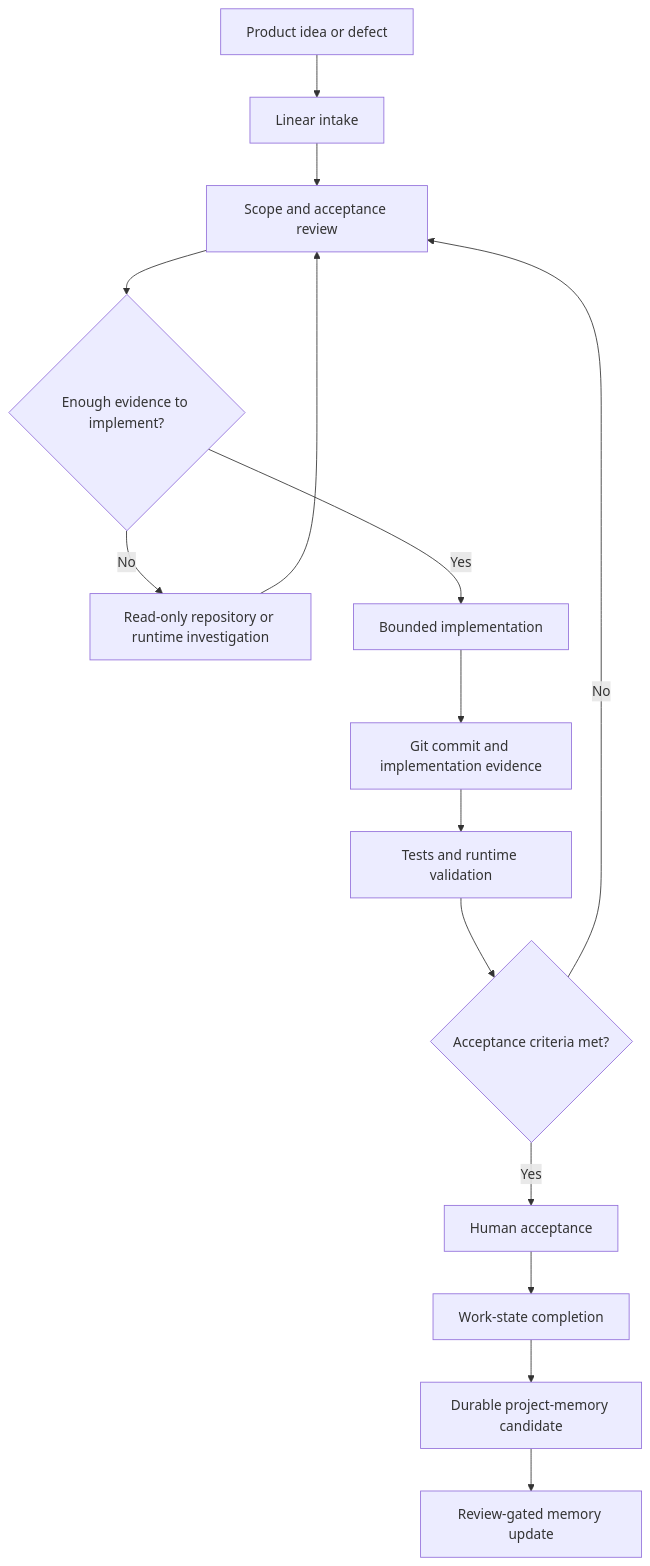
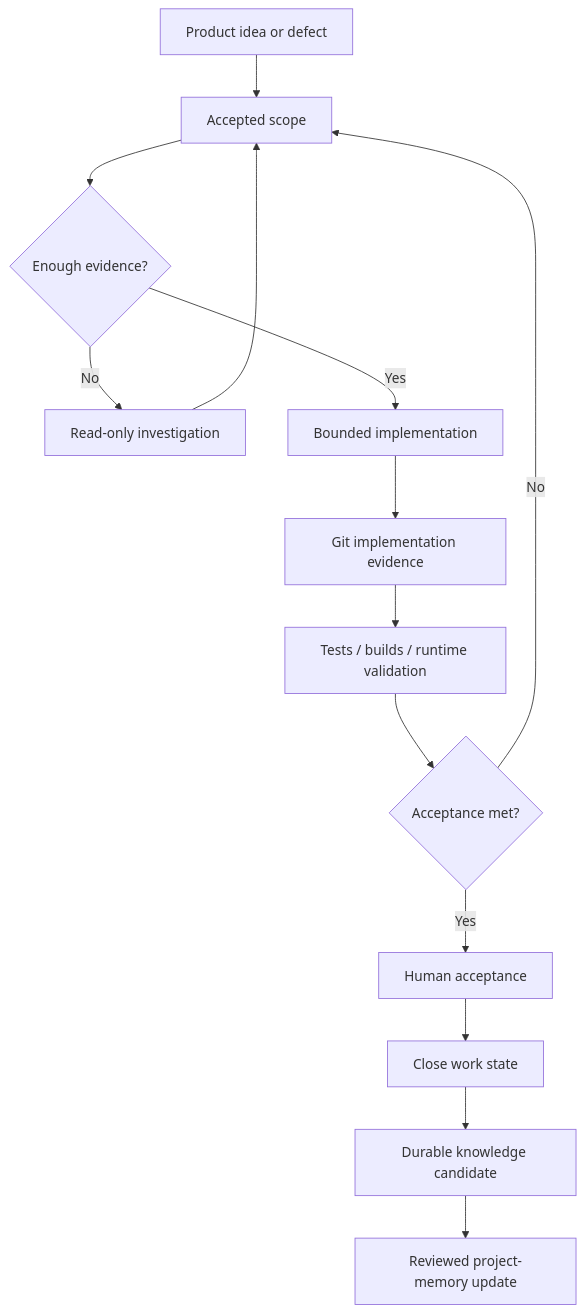
Before and after one commit to Charles-drZ/glassbox-development-workflow: the diagram in README.md, drawn with Mermaid. The commit also changed other lines of this file, not shown here.

````diff
--- a/README.md
+++ b/README.md
@@ -40,17 +44,16 @@
 ```mermaid
 flowchart TD
-    A[Product idea or defect] --> B[Linear intake]
-    B --> C[Scope and acceptance review]
-    C --> D{Enough evidence to implement?}
-    D -- No --> E[Read-only repository or runtime investigation]
-    E --> C
-    D -- Yes --> F[Bounded implementation]
-    F --> G[Git commit and implementation evidence]
-    G --> H[Tests and runtime validation]
-    H --> I{Acceptance criteria met?}
-    I -- No --> C
-    I -- Yes --> J[Human acceptance]
-    J --> K[Work-state completion]
-    K --> L[Durable project-memory candidate]
-    L --> M[Review-gated memory update]
+    A[Product idea or defect] --> B[Accepted scope]
+    B --> C{Enough evidence?}
+    C -- No --> D[Read-only investigation]
+    D --> B
+    C -- Yes --> E[Bounded implementation]
+    E --> F[Git implementation evidence]
+    F --> G[Tests / builds / runtime validation]
+    G --> H{Acceptance met?}
+    H -- No --> B
+    H -- Yes --> I[Human acceptance]
+    I --> J[Close work state]
+    J --> K[Durable knowledge candidate]
+    K --> L[Reviewed project-memory update]
 ```
````
